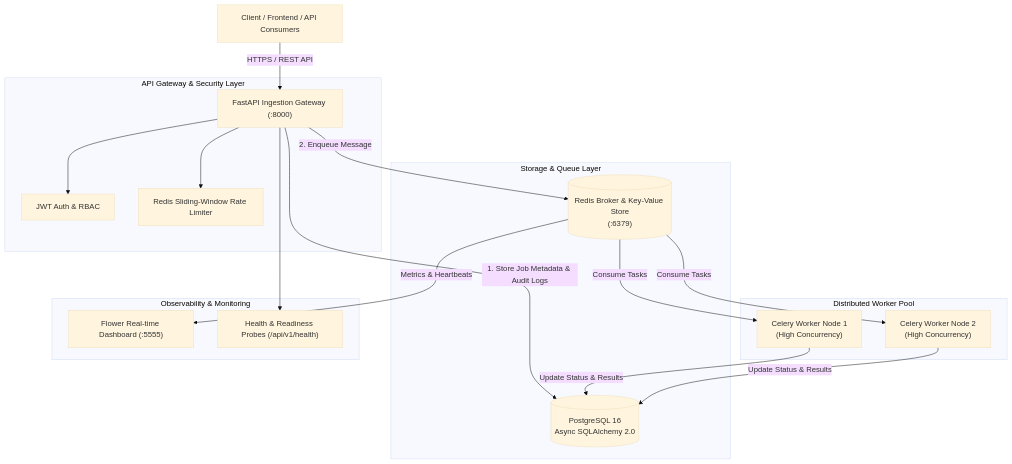
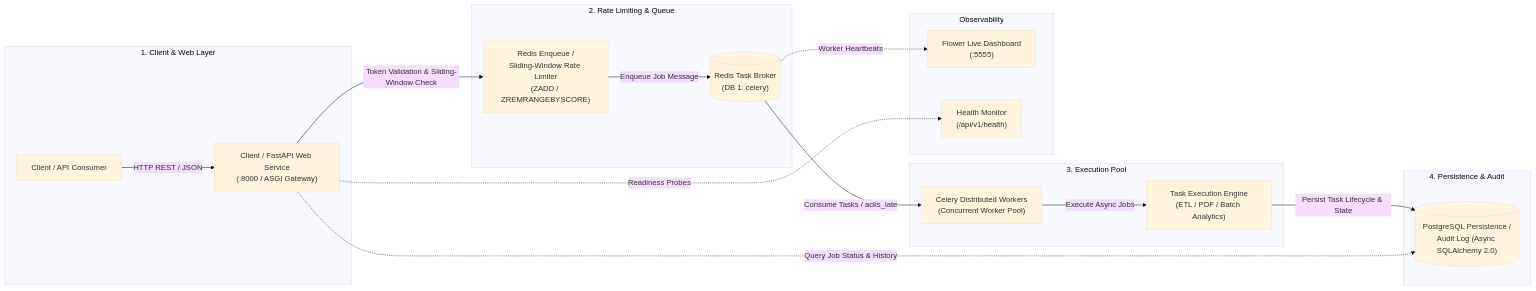
One commit to prachizala/distributed-task-engine changed the diagram in README.md. Above: the diagram before and after it, drawn with Mermaid (base theme). The commit also changed other lines of this file, not shown here.

Commit message:
docs: update Mermaid architecture diagram and add environment variables reference

````diff
--- a/README.md
+++ b/README.md
@@ -20,26 +20,26 @@
 ```mermaid
-flowchart TD
-    Client["Client / Frontend / API Consumers"] -->|HTTPS / REST API| Ingress["FastAPI Ingestion Gateway (:8000)"]
-    
-    subgraph "API Gateway & Security Layer"
-        Ingress --> Auth["JWT Auth & RBAC"]
-        Ingress --> RateLimiter["Redis Sliding-Window Rate Limiter"]
-    end
-    
-    subgraph "Storage & Queue Layer"
-        Ingress -->|1. Store Job Metadata & Audit Logs| DB[(PostgreSQL 16\nAsync SQLAlchemy 2.0)]
-        Ingress -->|2. Enqueue Message| RedisBroker[("Redis Broker & Key-Value Store\n(:6379)")]
-    end
-    
-    subgraph "Distributed Worker Pool"
-        RedisBroker -->|Consume Tasks| Worker1["Celery Worker Node 1\n(High Concurrency)"]
-        RedisBroker -->|Consume Tasks| Worker2["Celery Worker Node 2\n(High Concurrency)"]
-        Worker1 -->|Update Status & Results| DB
-        Worker2 -->|Update Status & Results| DB
+flowchart LR
+    subgraph ClientIngress ["1. Client & Web Layer"]
+        Client["Client / API Consumer"] -->|HTTP REST / JSON| FastApi["Client / FastAPI Web Service\n(:8000 / ASGI Gateway)"]
     end
 
-    subgraph "Observability & Monitoring"
-        RedisBroker -->|Metrics & Heartbeats| Flower["Flower Real-time Dashboard (:5555)"]
-        Ingress --> Health["Health & Readiness Probes (/api/v1/health)"]
+    subgraph RateLimitEnqueue ["2. Rate Limiting & Queue"]
+        FastApi -->|Token Validation & Sliding-Window Check| RateLimiter["Redis Enqueue /\nSliding-Window Rate Limiter\n(ZADD / ZREMRANGEBYSCORE)"]
+        RateLimiter -->|Enqueue Job Message| Broker[("Redis Task Broker\n(DB 1: celery)")]
+    end
+
+    subgraph DistributedWorkers ["3. Execution Pool"]
+        Broker -->|Consume Tasks / acks_late| Workers["Celery Distributed Workers\n(Concurrent Worker Pool)"]
+        Workers -->|Execute Async Jobs| JobExec["Task Execution Engine\n(ETL / PDF / Batch Analytics)"]
+    end
+
+    subgraph PersistenceAudit ["4. Persistence & Audit"]
+        JobExec -->|Persist Task Lifecycle & State| Postgres[("PostgreSQL Persistence /\nAudit Log (Async SQLAlchemy 2.0)")]
+        FastApi -.->|Query Job Status & History| Postgres
+    end
+
+    subgraph Observability ["Observability"]
+        Broker -.->|Worker Heartbeats| Flower["Flower Live Dashboard\n(:5555)"]
+        FastApi -.->|Readiness Probes| Health["Health Monitor\n(/api/v1/health)"]
     end
 ```
````
